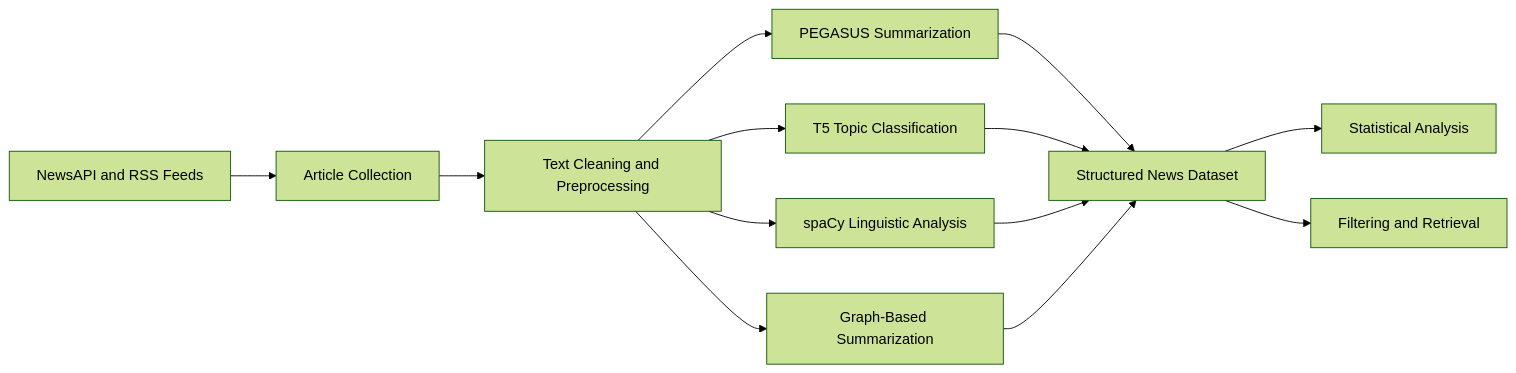
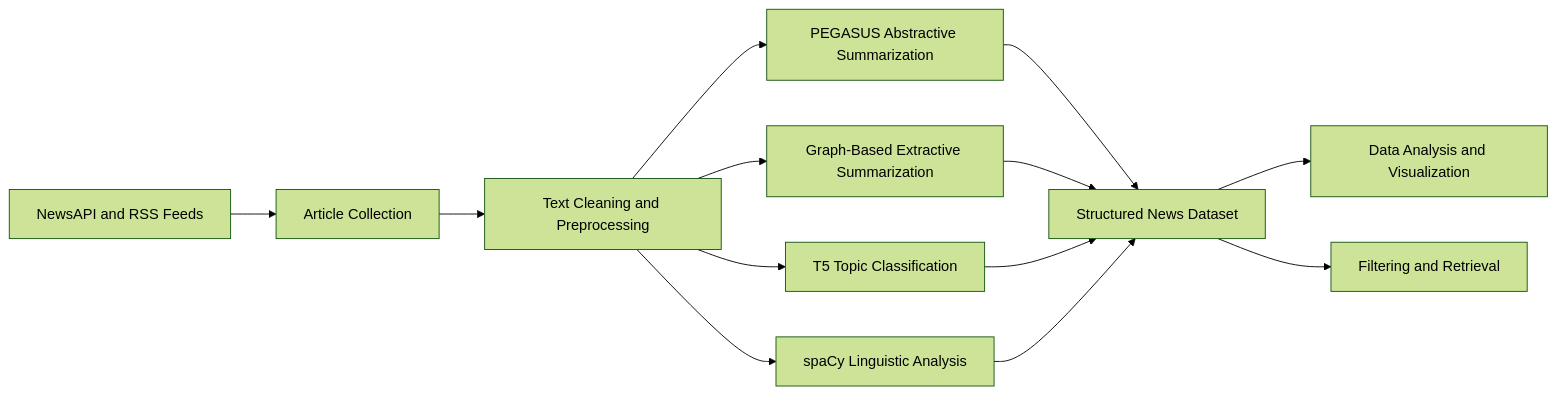
One commit to parisainthestars/NLP-Methods-for-News-Analysis-and-Summarization changed the diagram in README.md. Above: the diagram before and after it, drawn with Mermaid (forest theme). The commit also changed other lines of this file, not shown here.

````diff
--- a/README.md
+++ b/README.md
@@ -11,18 +11,18 @@
 ```mermaid
 flowchart LR
     A[NewsAPI and RSS Feeds] --> B[Article Collection]
     B --> C[Text Cleaning and Preprocessing]
 
-    C --> D[PEGASUS Summarization]
-    C --> E[T5 Topic Classification]
-    C --> F[spaCy Linguistic Analysis]
-    C --> G[Graph-Based Summarization]
+    C --> D[PEGASUS Abstractive Summarization]
+    C --> E[Graph-Based Extractive Summarization]
+    C --> F[T5 Topic Classification]
+    C --> G[spaCy Linguistic Analysis]
 
     D --> H[Structured News Dataset]
     E --> H
     F --> H
     G --> H
 
-    H --> I[Statistical Analysis]
+    H --> I[Data Analysis and Visualization]
     H --> J[Filtering and Retrieval]
 ```
````
